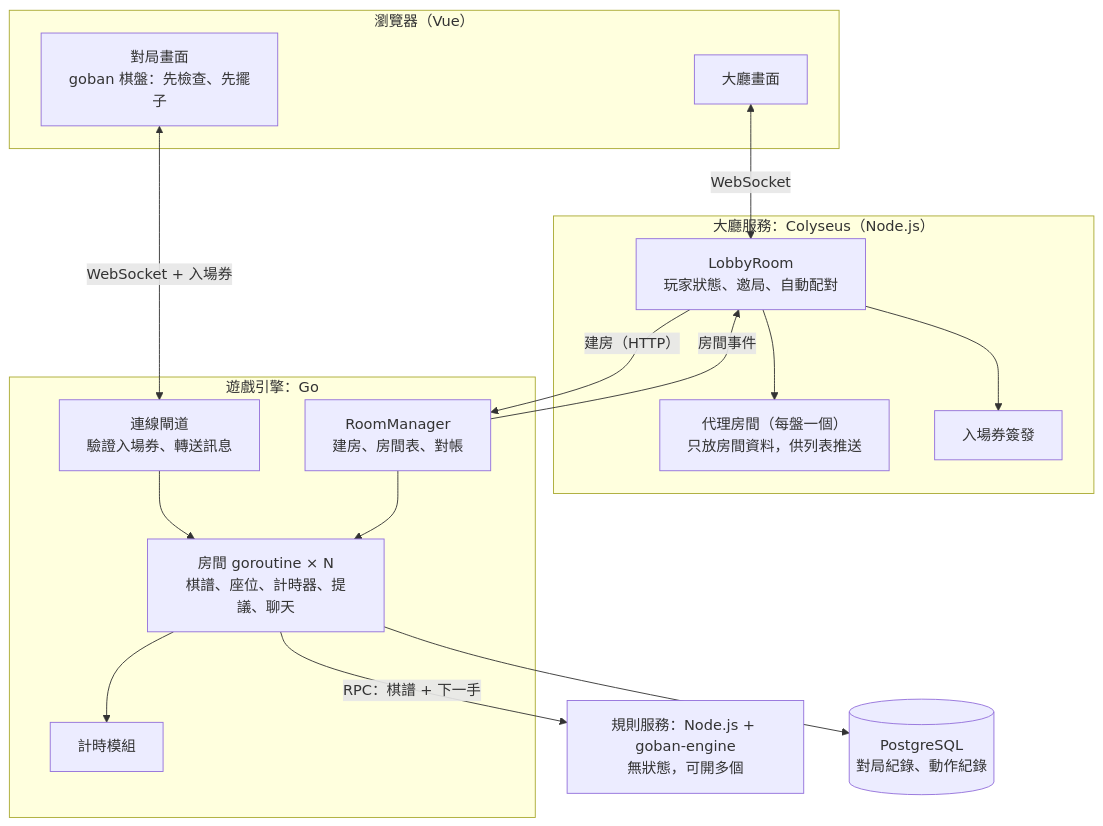
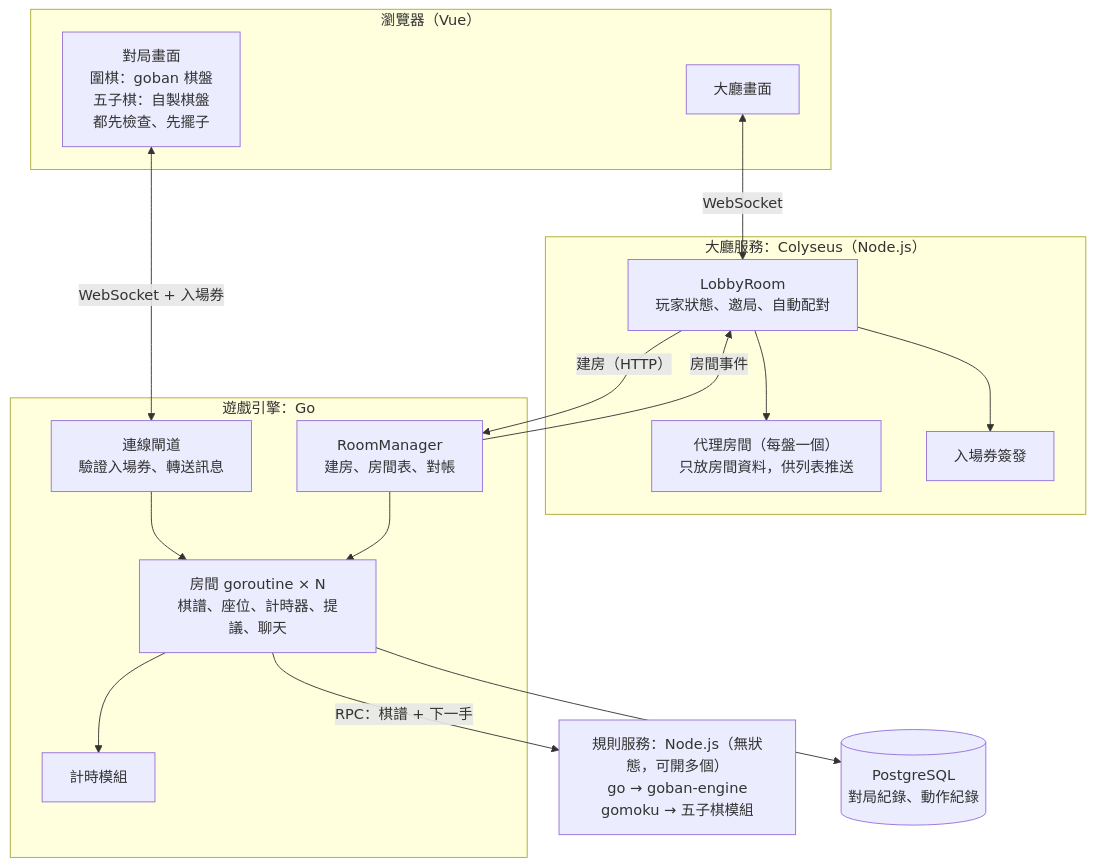
Before and after one commit to yshsu0918/yi-arena: the first of 4 diagrams in docs/arch2.md, drawn with Mermaid. The commit also changed other lines of this file, not shown here.

First line of the commit message:
arch2: include gomoku alongside Go

````diff
--- a/docs/arch2.md
+++ b/docs/arch2.md
@@ -18,35 +18,35 @@
 ```mermaid
 flowchart TB
   subgraph Browser["瀏覽器（Vue）"]
     LobbyUI["大廳畫面"]
-    GameUI["對局畫面<br/>goban 棋盤：先檢查、先擺子"]
+    GameUI["對局畫面<br/>圍棋：goban 棋盤<br/>五子棋：自製棋盤<br/>都先檢查、先擺子"]
   end
 
   subgraph LobbySvc["大廳服務：Colyseus（Node.js）"]
     LobbyRoom["LobbyRoom<br/>玩家狀態、邀局、自動配對"]
     Proxy["代理房間（每盤一個）<br/>只放房間資料，供列表推送"]
     TicketIssuer["入場券簽發"]
   end
 
   subgraph Engine["遊戲引擎：Go"]
     Gateway["連線閘道<br/>驗證入場券、轉送訊息"]
     Manager["RoomManager<br/>建房、房間表、對帳"]
     Room["房間 goroutine × N<br/>棋譜、座位、計時器、提議、聊天"]
     Clock["計時模組"]
   end
 
-  Rules["規則服務：Node.js + goban-engine<br/>無狀態，可開多個"]
+  Rules["規則服務：Node.js（無狀態，可開多個）<br/>go → goban-engine<br/>gomoku → 五子棋模組"]
   DB[("PostgreSQL<br/>對局紀錄、動作紀錄")]
 
   LobbyUI <-- "WebSocket" --> LobbyRoom
   GameUI <-- "WebSocket + 入場券" --> Gateway
   LobbyRoom -- "建房（HTTP）" --> Manager
   Manager -- "房間事件" --> LobbyRoom
   LobbyRoom --> Proxy
   LobbyRoom --> TicketIssuer
   Gateway --> Room
   Manager --> Room
   Room --> Clock
   Room -- "RPC：棋譜 + 下一手" --> Rules
   Room --> DB
 ```
````
